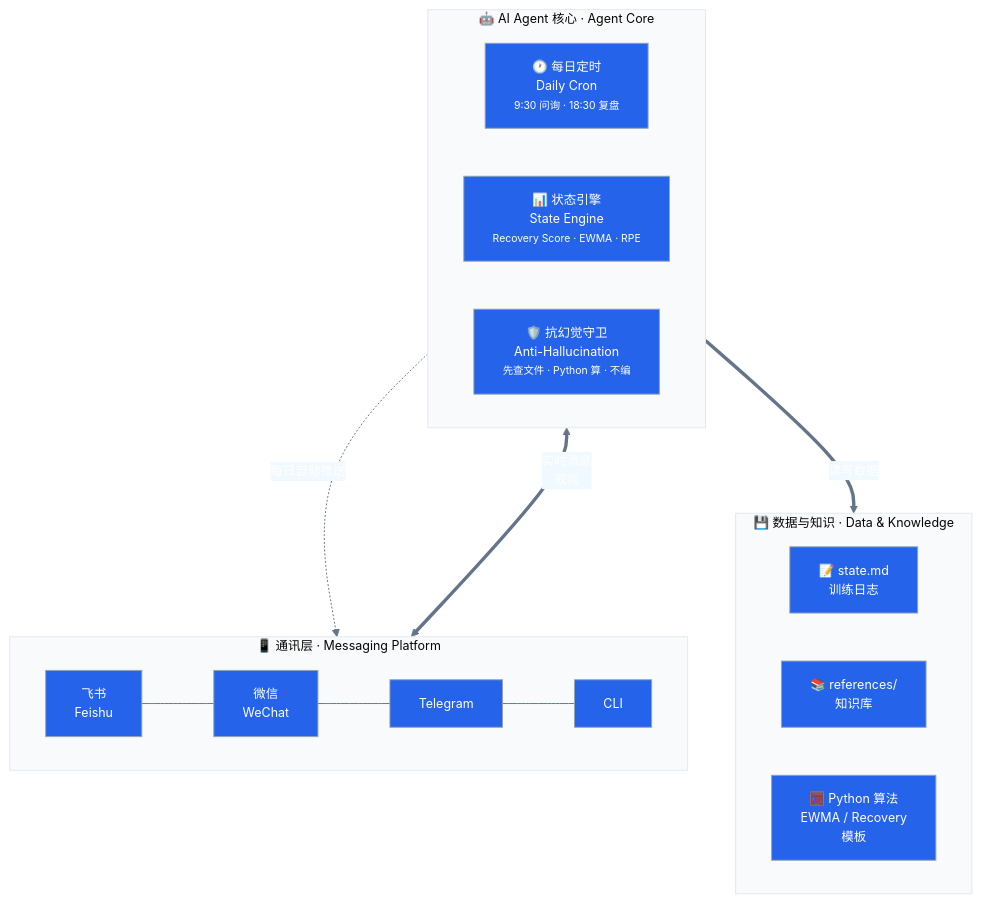
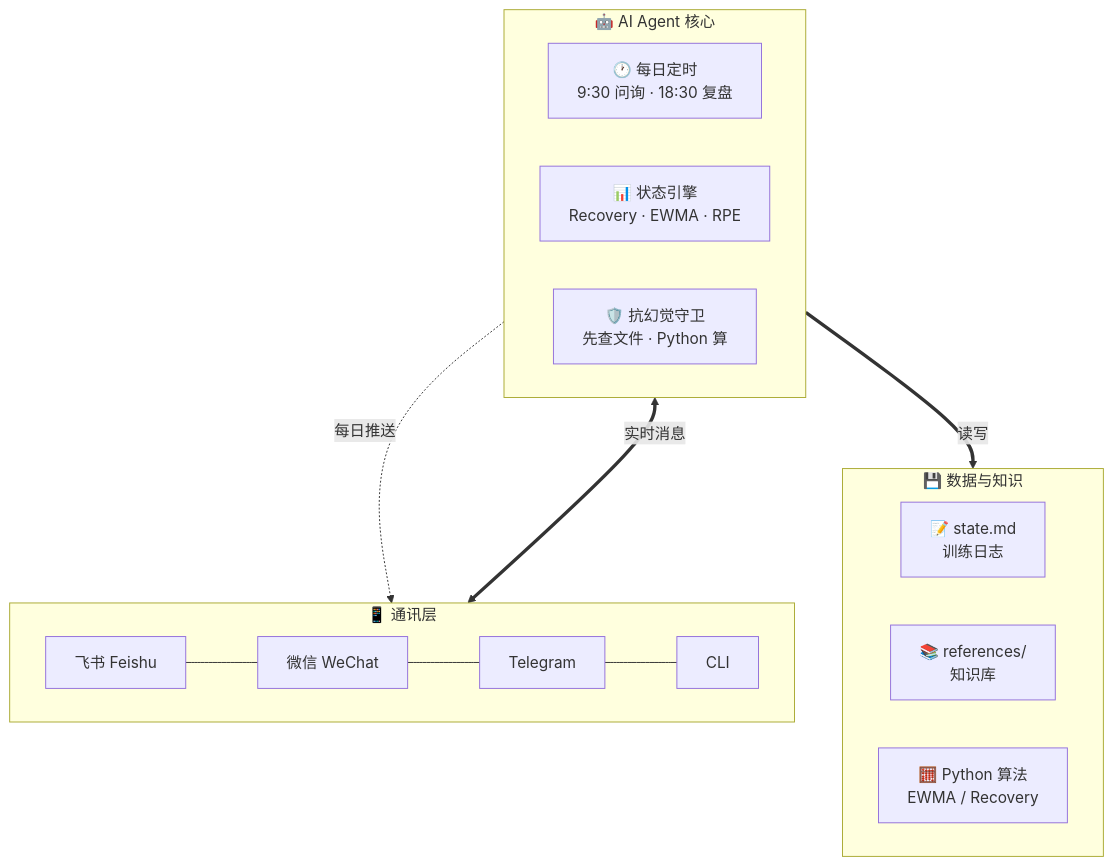
One commit to chouxiangdick/TiSu changed the diagram in README.md. Above: the diagram before and after it, drawn with Mermaid. The commit also changed 1 other file, not shown here.

Commit message:
style: Claude-inspired warm palette for Mermaid arch diagram
- Base: warm cream #fcf9f7
- Primary: Claude purple #6B4FBB
- Lines/arrows: warm amber #D4A574
- Clusters: warm off-white with soft beige borders
- Subtitles in muted gray #666
- System font stack

````diff
--- a/README.md
+++ b/README.md
@@ -58,40 +58,41 @@
 ```mermaid
 %%{init: {'theme': 'base', 'themeVariables': {
-  'background': '#ffffff',
-  'primaryColor': '#2563eb',
+  'background': '#fcf9f7',
+  'primaryColor': '#6B4FBB',
   'primaryTextColor': '#fff',
-  'primaryBorderColor': '#1d4ed8',
-  'lineColor': '#64748b',
-  'secondaryColor': '#f0f9ff',
-  'tertiaryColor': '#f8fafc',
-  'clusterBkg': '#f8fafc',
-  'clusterBorder': '#e2e8f0',
-  'nodeBorder': '#94a3b8',
-  'fontSize': '13px'
+  'primaryBorderColor': '#5a3fa8',
+  'lineColor': '#D4A574',
+  'secondaryColor': '#f5f0eb',
+  'tertiaryColor': '#fffcf9',
+  'clusterBkg': '#fffcf9',
+  'clusterBorder': '#e8ddd0',
+  'nodeBorder': '#d4c5b8',
+  'fontSize': '13px',
+  'fontFamily': '-apple-system, BlinkMacSystemFont, "Segoe UI", Roboto, sans-serif'
 }}}%%
 graph TB
-    subgraph PLATFORM["📱 通讯层 · Messaging Platform"]
+    subgraph PLATFORM["📱 通讯层"]
         direction LR
-        F1["飞书<br/>Feishu"] --- F2["微信<br/>WeChat"]
+        F1["飞书 Feishu"] --- F2["微信 WeChat"]
         F2 --- F3["Telegram"]
         F3 --- F4["CLI"]
     end
 
-    subgraph AGENT["🤖 AI Agent 核心 · Agent Core"]
+    subgraph AGENT["🤖 AI Agent 核心"]
         direction LR
-        A1["🕐 每日定时<br/>Daily Cron<br/><small>9:30 问询 · 18:30 复盘</small>"]
-        A2["📊 状态引擎<br/>State Engine<br/><small>Recovery Score · EWMA · RPE</small>"]
-        A3["🛡️ 抗幻觉守卫<br/>Anti-Hallucination<br/><small>先查文件 · Python 算 · 不编</small>"]
+        A1["🕐 每日定时<br/><span style='color:#666;font-size:11px'>9:30 问询 · 18:30 复盘</span>"]
+        A2["📊 状态引擎<br/><span style='color:#666;font-size:11px'>Recovery · EWMA · RPE</span>"]
+        A3["🛡️ 抗幻觉守卫<br/><span style='color:#666;font-size:11px'>先查文件 · Python 算</span>"]
     end
 
-    subgraph DATA["💾 数据与知识 · Data & Knowledge"]
+    subgraph DATA["💾 数据与知识"]
         direction LR
-        D1["📝 state.md<br/>训练日志"]
-        D2["📚 references/<br/>知识库"]
-        D3["🧮 Python 算法<br/>EWMA / Recovery<br/>模板"]
+        D1["📝 state.md<br/><span style='color:#666;font-size:11px'>训练日志</span>"]
+        D2["📚 references/<br/><span style='color:#666;font-size:11px'>知识库</span>"]
+        D3["🧮 Python 算法<br/><span style='color:#666;font-size:11px'>EWMA / Recovery</span>"]
     end
 
-    PLATFORM <==>|"实时消息<br/>双向"| AGENT
-    AGENT -.->|"每日自动推送"| PLATFORM
-    AGENT ==>|"读写数据"| DATA
+    PLATFORM <==>|"实时消息"| AGENT
+    AGENT -.->|"每日推送"| PLATFORM
+    AGENT ==>|"读写"| DATA
 ```
````
